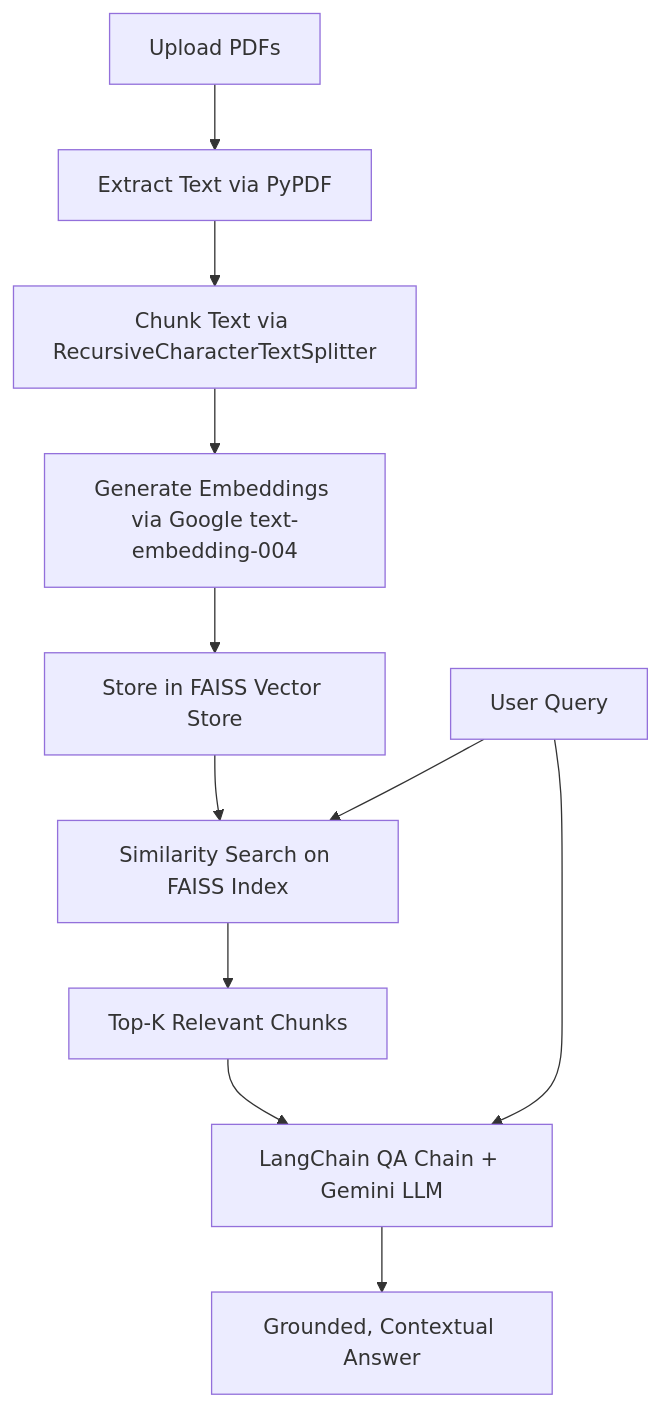
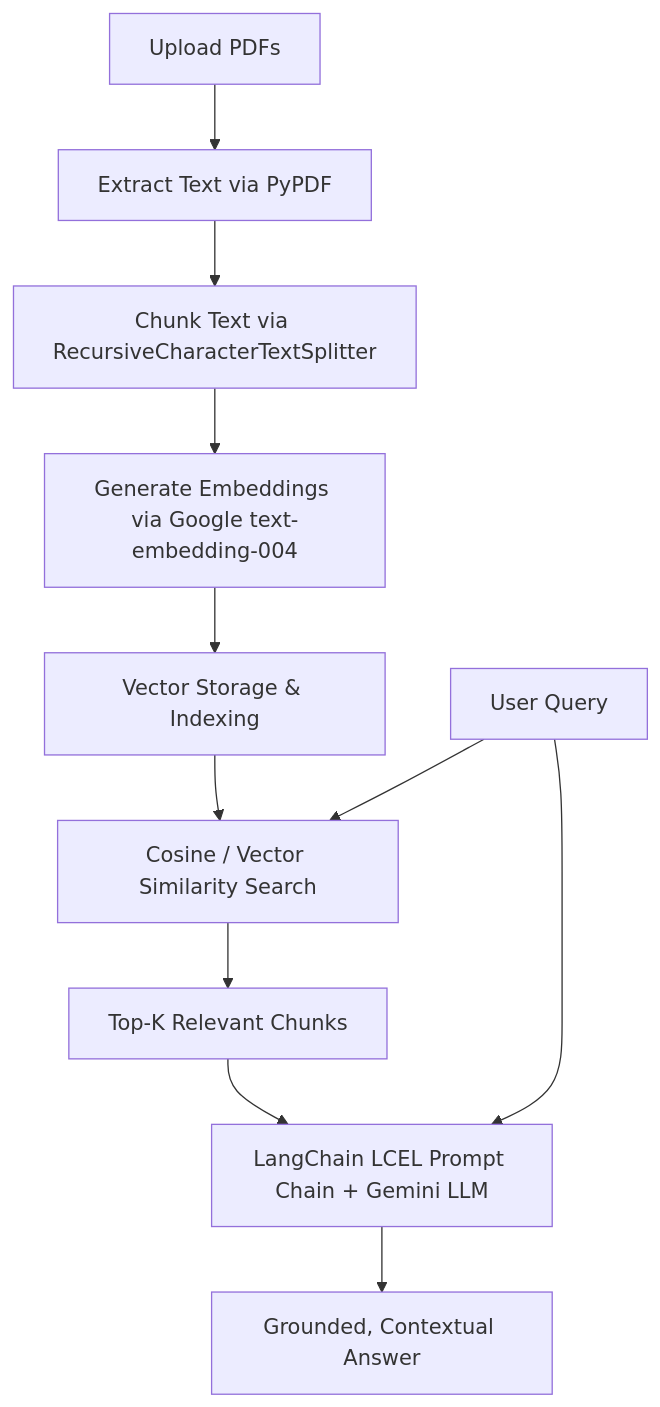
One commit to aakashdeepgill/MultiPdfChatBot changed the diagram in README.md. Above: the diagram before and after it, drawn with Mermaid. The commit also changed other lines of this file and 4 other files, not shown here.

````diff
--- a/README.md
+++ b/README.md
@@ -21,14 +25,14 @@
 ```mermaid
 flowchart TD
     A[Upload PDFs] --> B[Extract Text via PyPDF]
     B --> C[Chunk Text via RecursiveCharacterTextSplitter]
     C --> D[Generate Embeddings via Google text-embedding-004]
-    D --> E[Store in FAISS Vector Store]
+    D --> E[Vector Storage & Indexing]
     
-    F[User Query] --> G[Similarity Search on FAISS Index]
+    F[User Query] --> G[Cosine / Vector Similarity Search]
     E --> G
     G --> H[Top-K Relevant Chunks]
-    H --> I[LangChain QA Chain + Gemini LLM]
+    H --> I[LangChain LCEL Prompt Chain + Gemini LLM]
     F --> I
     I --> J[Grounded, Contextual Answer]
 ```
````
